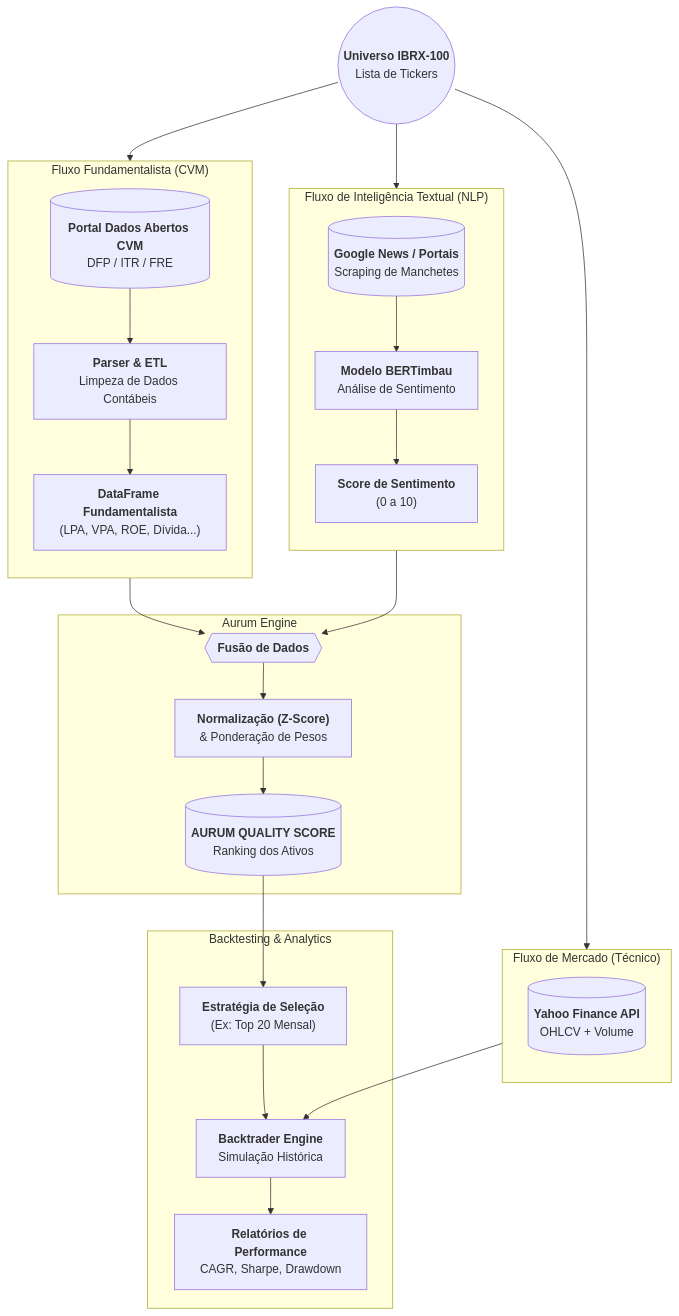
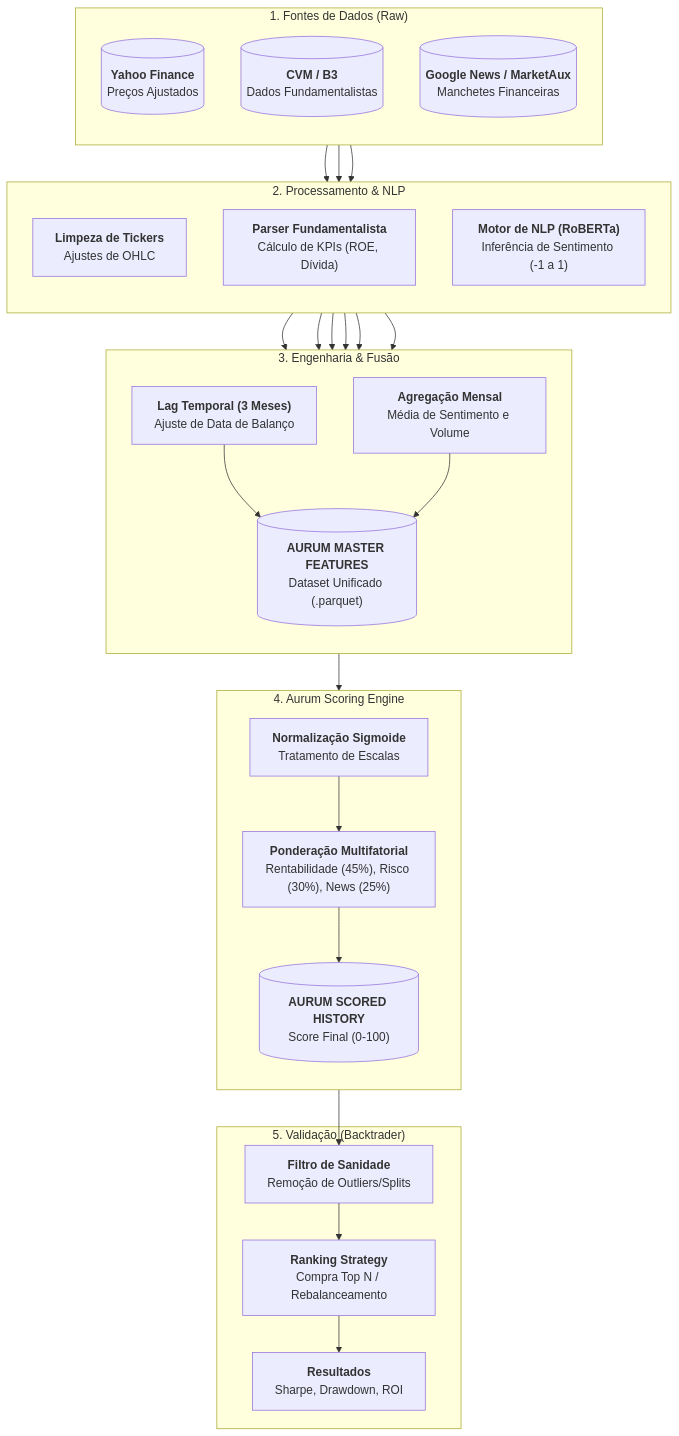
The diagram in README.md (KaikeBrito/projeto_aurum), drawn with Mermaid before and after one commit. The commit also changed other lines of this file and 17 other files, not shown here.

Commit message:
Criação do Aurum Quality Score para ser feito o backtesting de simulação de compra e vendas

````diff
--- a/README.md
+++ b/README.md
@@ -37,56 +42,55 @@
 ```mermaid
 flowchart TD
-    Start(("<b>Universo IBRX-100</b><br/>Lista de Tickers"))
-
-    %% --- CAMINHO 1: DADOS DE MERCADO ---
-    subgraph Market ["Fluxo de Mercado (Técnico)"]
+    %% --- FONTES DE DADOS ---
+    subgraph Sources ["1. Fontes de Dados (Raw)"]
         direction TB
-        YF[("<b>Yahoo Finance API</b><br/>OHLCV + Volume")]
+        YF[("<b>Yahoo Finance</b><br/>Preços Ajustados")]
+        CVM[("<b>CVM / B3</b><br/>Dados Fundamentalistas")]
+        NEWS[("<b>Google News / MarketAux</b><br/>Manchetes Financeiras")]
     end
 
-    %% --- CAMINHO 2: DADOS DE SENTIMENTO ---
-    subgraph NLP ["Fluxo de Inteligência Textual (NLP)"]
+    %% --- PROCESSAMENTO INICIAL ---
+    subgraph Process ["2. Processamento & NLP"]
         direction TB
-        GN[("<b>Google News / Portais</b><br/>Scraping de Manchetes")]
-        BERT["<b>Modelo BERTimbau</b><br/>Análise de Sentimento"]
-        SentScore["<b>Score de Sentimento</b><br/>(0 a 10)"]
-        
-        GN --> BERT --> SentScore
+        CleanPrice["<b>Limpeza de Tickers</b><br/>Ajustes de OHLC"]
+        CleanFund["<b>Parser Fundamentalista</b><br/>Cálculo de KPIs (ROE, Dívida)"]
+        NLP["<b>Motor de NLP (RoBERTa)</b><br/>Inferência de Sentimento (-1 a 1)"]
     end
 
-    %% --- CAMINHO 3: DADOS FUNDAMENTALISTAS ---
-    subgraph Fundamen ["Fluxo Fundamentalista (CVM)"]
+    %% --- ENGENHARIA DE DADOS ---
+    subgraph Eng ["3. Engenharia & Fusão"]
         direction TB
-        CVM[("<b>Portal Dados Abertos CVM</b><br/>DFP / ITR / FRE")]
-        Parser["<b>Parser & ETL</b><br/>Limpeza de Dados Contábeis"]
-        FundData["<b>DataFrame Fundamentalista</b><br/>(LPA, VPA, ROE, Dívida...)"]
-        
-        CVM --> Parser --> FundData
+        Lag["<b>Lag Temporal (3 Meses)</b><br/>Ajuste de Data de Balanço"]
+        AggNews["<b>Agregação Mensal</b><br/>Média de Sentimento e Volume"]
+        MasterFile[("<b>AURUM MASTER FEATURES</b><br/>Dataset Unificado (.parquet)")]
     end
 
-    %% --- CONVERGÊNCIA E DECISÃO ---
-    subgraph Core ["Aurum Engine"]
-        Join{{"<b>Fusão de Dados</b>"}}
-        Norm["<b>Normalização (Z-Score)</b><br/>& Ponderação de Pesos"]
-        FinalScore[("<b>AURUM QUALITY SCORE</b><br/>Ranking dos Ativos")]
-
-        SentScore & FundData --> Join
-        Join --> Norm --> FinalScore
+    %% --- INTELIGÊNCIA ---
+    subgraph Scoring ["4. Aurum Scoring Engine"]
+        direction TB
+        Norm["<b>Normalização Sigmoide</b><br/>Tratamento de Escalas"]
+        Weights["<b>Ponderação Multifatorial</b><br/>Rentabilidade (45%), Risco (30%), News (25%)"]
+        FinalDB[("<b>AURUM SCORED HISTORY</b><br/>Score Final (0-100)")]
     end
 
     %% --- VALIDAÇÃO ---
-    subgraph Validation ["Backtesting & Analytics"]
-        Strategy["<b>Estratégia de Seleção</b><br/>(Ex: Top 20 Mensal)"]
-        Engine["<b>Backtrader Engine</b><br/>Simulação Histórica"]
-        Reports["<b>Relatórios de Performance</b><br/>CAGR, Sharpe, Drawdown"]
-
-        FinalScore --> Strategy
-        Strategy & YF --> Engine
-        Engine --> Reports
+    subgraph Backtest ["5. Validação (Backtrader)"]
+        Sanity["<b>Filtro de Sanidade</b><br/>Remoção de Outliers/Splits"]
+        Strategy["<b>Ranking Strategy</b><br/>Compra Top N / Rebalanceamento"]
+        Results["<b>Resultados</b><br/>Sharpe, Drawdown, ROI"]
     end
 
-    %% LIGAÇÕES GERAIS
-    Start --> YF
-    Start --> GN
-    Start --> CVM
+    %% LIGAÇÕES
+    YF --> CleanPrice
+    CVM --> CleanFund
+    NEWS --> NLP
+    
+    CleanPrice & CleanFund & NLP --> Lag & AggNews
+    Lag & AggNews --> MasterFile
+    
+    MasterFile --> Norm
+    Norm --> Weights --> FinalDB
+    
+    FinalDB --> Sanity --> Strategy --> Results
+
 ```
````
